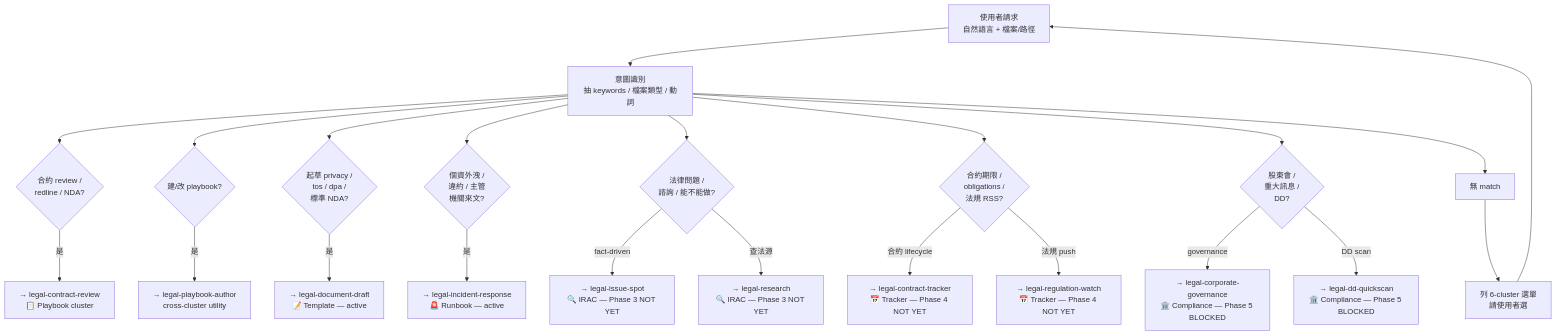
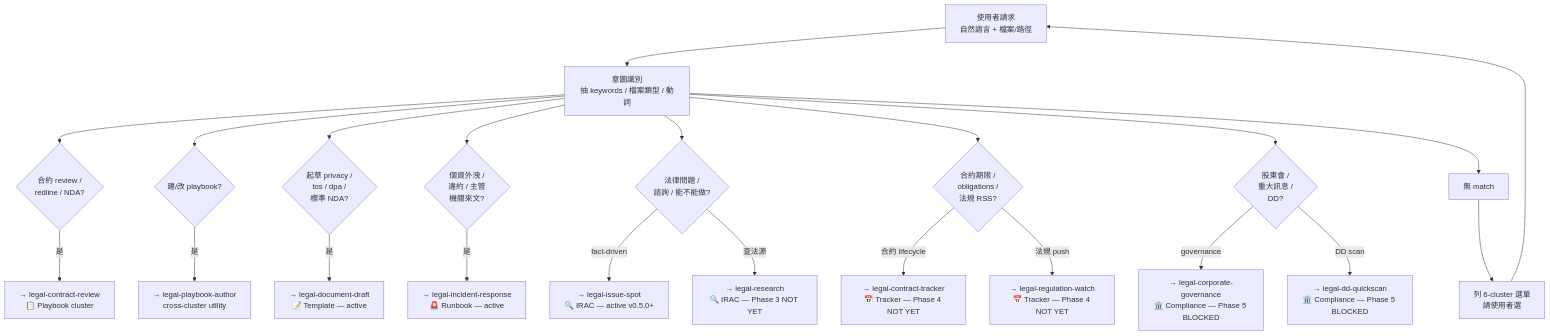
The diagram in legal-toolkit/skills/using-legal-toolkit/SKILL.md (kouko/monkey-skills), drawn with Mermaid before and after one commit. The commit also changed other lines of this file, not shown here.

First line of the commit message:
feat(legal-toolkit): router Q4-fact dispatch unlock

````diff
--- a/legal-toolkit/skills/using-legal-toolkit/SKILL.md
+++ b/legal-toolkit/skills/using-legal-toolkit/SKILL.md
@@ -38,34 +38,34 @@
 ```mermaid
 flowchart TD
     INPUT[使用者請求<br/>自然語言 + 檔案/路徑]
     PARSE[意圖識別<br/>抽 keywords / 檔案類型 / 動詞]
     INPUT --> PARSE
 
     PARSE --> Q1{合約 review /<br/>redline / NDA?}
     Q1 -->|是| CR[→ legal-contract-review<br/>📋 Playbook cluster]
 
     PARSE --> Q7{建/改 playbook?}
     Q7 -->|是| PA[→ legal-playbook-author<br/>cross-cluster utility]
 
     PARSE --> Q2{起草 privacy /<br/>tos / dpa /<br/>標準 NDA?}
     Q2 -->|是| DD[→ legal-document-draft<br/>📝 Template — active]
 
     PARSE --> Q3{個資外洩 /<br/>違約 / 主管<br/>機關來文?}
     Q3 -->|是| IR[→ legal-incident-response<br/>🚨 Runbook — active]
 
     PARSE --> Q4{法律問題 /<br/>諮詢 / 能不能做?}
-    Q4 -->|fact-driven| IS[→ legal-issue-spot<br/>🔍 IRAC — Phase 3 NOT YET]
+    Q4 -->|fact-driven| IS[→ legal-issue-spot<br/>🔍 IRAC — active v0.5.0+]
     Q4 -->|查法源| RS[→ legal-research<br/>🔍 IRAC — Phase 3 NOT YET]
 
     PARSE --> Q5{合約期限 /<br/>obligations /<br/>法規 RSS?}
     Q5 -->|合約 lifecycle| CT[→ legal-contract-tracker<br/>📅 Tracker — Phase 4 NOT YET]
     Q5 -->|法規 push| RW[→ legal-regulation-watch<br/>📅 Tracker — Phase 4 NOT YET]
 
     PARSE --> Q6{股東會 /<br/>重大訊息 /<br/>DD?}
     Q6 -->|governance| CG[→ legal-corporate-governance<br/>🏛️ Compliance — Phase 5 BLOCKED]
     Q6 -->|DD scan| DDS[→ legal-dd-quickscan<br/>🏛️ Compliance — Phase 5 BLOCKED]
 
     PARSE --> NOMATCH[無 match]
     NOMATCH --> CLARIFY[列 6-cluster 選單<br/>請使用者選]
     CLARIFY --> INPUT
 ```
````
